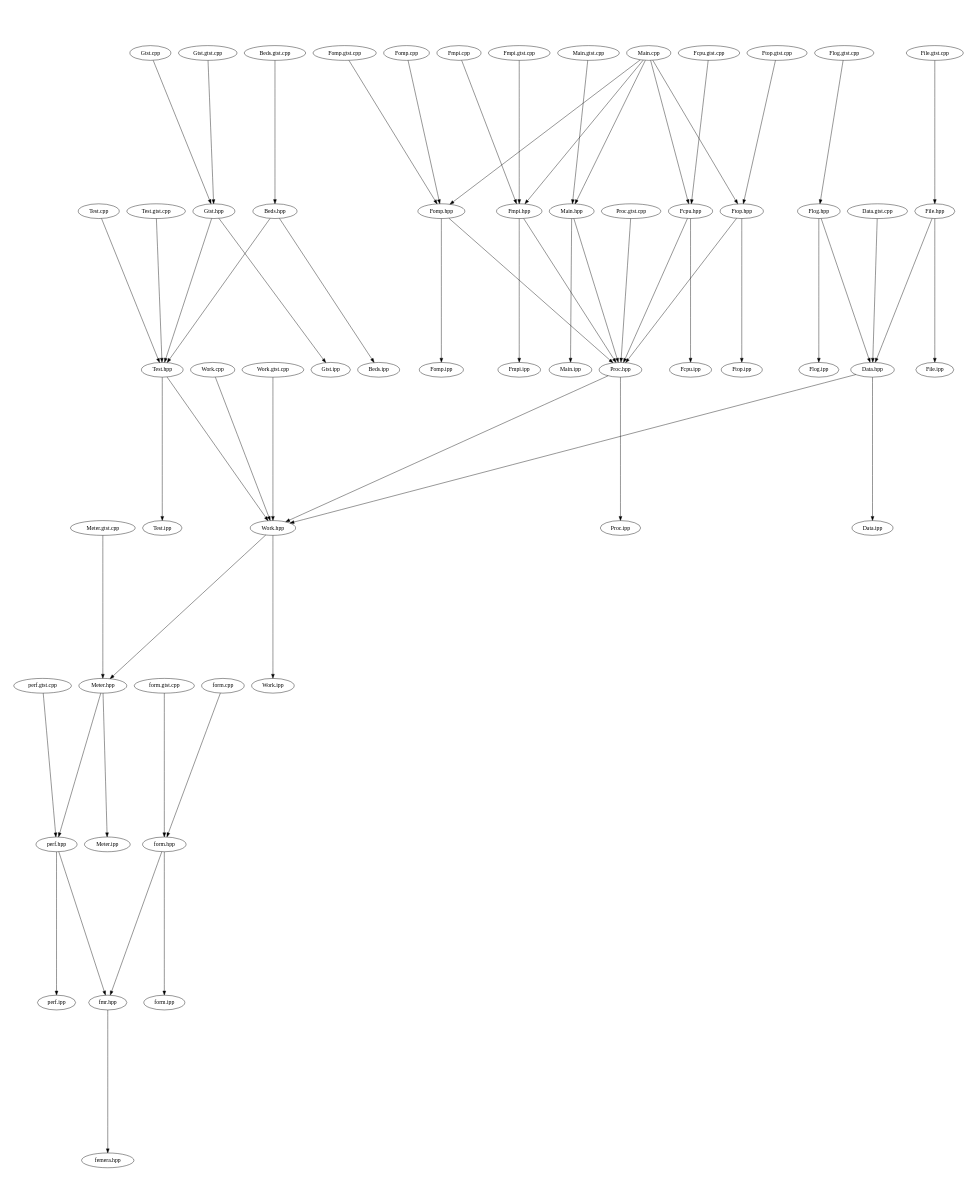
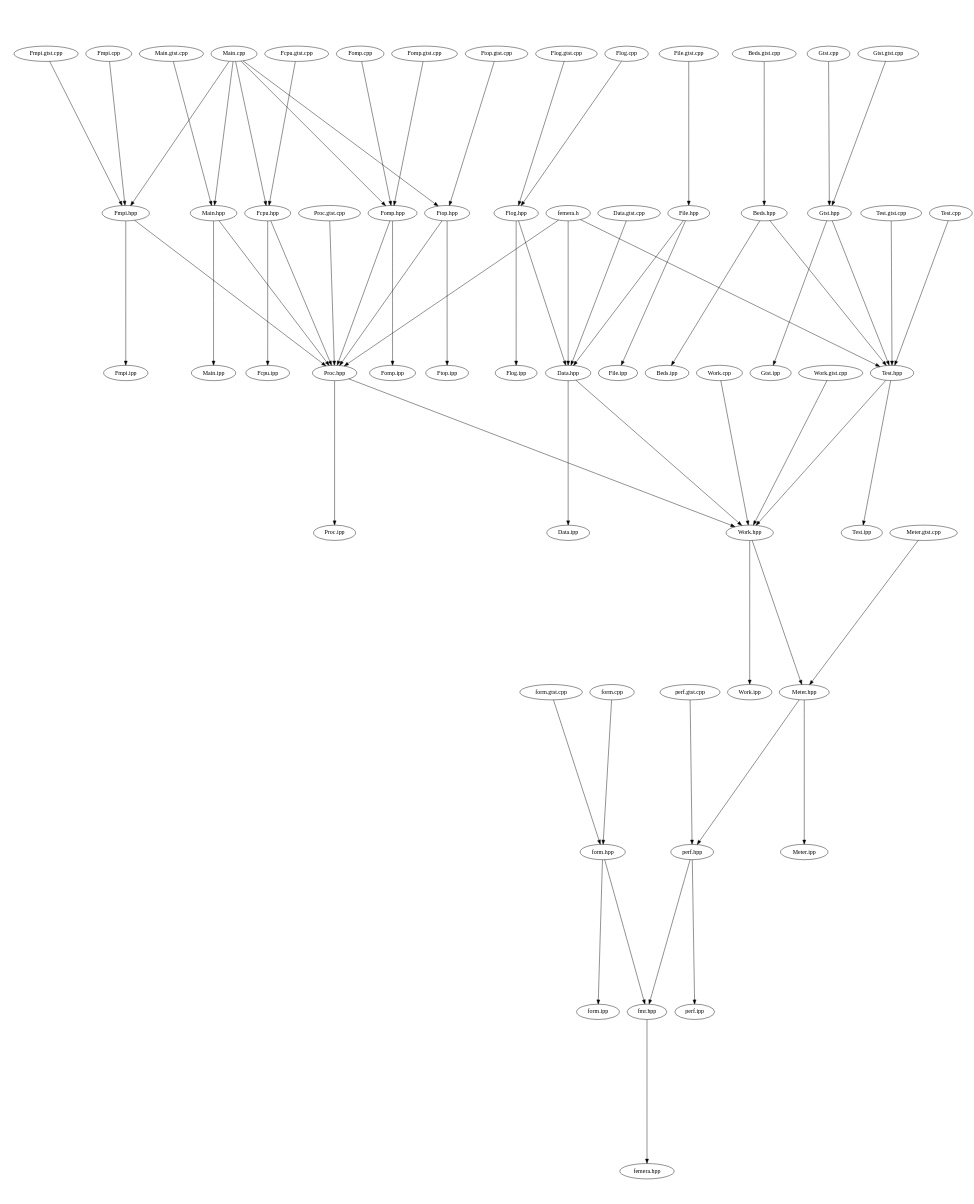
Before and after one commit to waggyz/femera-mini-app: the diagram in src/docs/src.dot, drawn with Graphviz. The commit also changed 26 other files, not shown here.

```diff
--- a/src/docs/src.dot
+++ b/src/docs/src.dot
@@ -1,68 +1,72 @@
 digraph "source tree" {
     overlap=scale;
     size="8,10";
     ratio="fill";
     fontsize="16";
     fontname="Helvetica";
 	clusterrank="local";
 	"Meter.hpp" -> "perf.hpp"
 	"Main.cpp" -> "Fomp.hpp"
-	"Fomp.hpp" -> "Fomp.ipp"
-	"Gtst.hpp" -> "Gtst.ipp"
-	"Test.gtst.cpp" -> "Test.hpp"
 	"Fmpi.hpp" -> "Fmpi.ipp"
 	"Fomp.cpp" -> "Fomp.hpp"
-	"form.cpp" -> "form.hpp"
 	"Flog.gtst.cpp" -> "Flog.hpp"
-	"Fmpi.gtst.cpp" -> "Fmpi.hpp"
-	"perf.hpp" -> "perf.ipp"
-	"Fmpi.cpp" -> "Fmpi.hpp"
 	"Main.cpp" -> "Main.hpp"
-	"Fcpu.hpp" -> "Fcpu.ipp"
-	"File.gtst.cpp" -> "File.hpp"
-	"perf.gtst.cpp" -> "perf.hpp"
-	"Ftop.gtst.cpp" -> "Ftop.hpp"
-	"Work.cpp" -> "Work.hpp"
-	"Main.hpp" -> "Main.ipp"
+	"femera.h" -> "Data.hpp"
+	"femera.h" -> "Proc.hpp"
 	"Proc.hpp" -> "Proc.ipp"
-	"Test.cpp" -> "Test.hpp"
 	"Main.cpp" -> "Fmpi.hpp"
 	"Main.cpp" -> "Fcpu.hpp"
 	"Ftop.hpp" -> "Ftop.ipp"
 	"perf.hpp" -> "fmr.hpp"
-	"Data.gtst.cpp" -> "Data.hpp"
 	"Beds.gtst.cpp" -> "Beds.hpp"
-	"Ftop.hpp" -> "Proc.hpp"
 	"Data.hpp" -> "Data.ipp"
-	"File.hpp" -> "Data.hpp"
-	"Fomp.gtst.cpp" -> "Fomp.hpp"
-	"form.gtst.cpp" -> "form.hpp"
 	"Proc.gtst.cpp" -> "Proc.hpp"
 	"Work.hpp" -> "Work.ipp"
+	"femera.h" -> "Test.hpp"
 	"Main.cpp" -> "Ftop.hpp"
-	"Meter.gtst.cpp" -> "Meter.hpp"
+	"Fmpi.hpp" -> "Proc.hpp"
 	"Test.hpp" -> "Work.hpp"
-	"Fmpi.hpp" -> "Proc.hpp"
-	"Beds.hpp" -> "Test.hpp"
-	"Gtst.gtst.cpp" -> "Gtst.hpp"
-	"fmr.hpp" -> "femera.hpp"
 	"form.hpp" -> "form.ipp"
-	"form.hpp" -> "fmr.hpp"
-	"Proc.hpp" -> "Work.hpp"
 	"Gtst.cpp" -> "Gtst.hpp"
-	"Gtst.hpp" -> "Test.hpp"
-	"Fcpu.gtst.cpp" -> "Fcpu.hpp"
-	"Data.hpp" -> "Work.hpp"
-	"Beds.hpp" -> "Beds.ipp"
-	"Work.hpp" -> "Meter.hpp"
 	"Main.gtst.cpp" -> "Main.hpp"
 	"Fcpu.hpp" -> "Proc.hpp"
 	"Work.gtst.cpp" -> "Work.hpp"
 	"Fomp.hpp" -> "Proc.hpp"
 	"Flog.hpp" -> "Data.hpp"
+	"File.hpp" -> "File.ipp"
+	"Meter.hpp" -> "Meter.ipp"
+	"Fomp.hpp" -> "Fomp.ipp"
+	"Test.gtst.cpp" -> "Test.hpp"
+	"Gtst.hpp" -> "Gtst.ipp"
+	"form.cpp" -> "form.hpp"
+	"Fmpi.gtst.cpp" -> "Fmpi.hpp"
+	"perf.hpp" -> "perf.ipp"
+	"Fmpi.cpp" -> "Fmpi.hpp"
+	"Fcpu.hpp" -> "Fcpu.ipp"
+	"perf.gtst.cpp" -> "perf.hpp"
+	"File.gtst.cpp" -> "File.hpp"
+	"Work.cpp" -> "Work.hpp"
+	"Ftop.gtst.cpp" -> "Ftop.hpp"
+	"Main.hpp" -> "Main.ipp"
+	"Test.cpp" -> "Test.hpp"
+	"Data.gtst.cpp" -> "Data.hpp"
+	"Ftop.hpp" -> "Proc.hpp"
+	"form.gtst.cpp" -> "form.hpp"
+	"Fomp.gtst.cpp" -> "Fomp.hpp"
+	"File.hpp" -> "Data.hpp"
+	"Meter.gtst.cpp" -> "Meter.hpp"
+	"fmr.hpp" -> "femera.hpp"
+	"Gtst.gtst.cpp" -> "Gtst.hpp"
+	"Beds.hpp" -> "Test.hpp"
+	"Proc.hpp" -> "Work.hpp"
+	"form.hpp" -> "fmr.hpp"
+	"Gtst.hpp" -> "Test.hpp"
+	"Data.hpp" -> "Work.hpp"
+	"Fcpu.gtst.cpp" -> "Fcpu.hpp"
+	"Flog.cpp" -> "Flog.hpp"
+	"Beds.hpp" -> "Beds.ipp"
+	"Work.hpp" -> "Meter.hpp"
 	"Main.hpp" -> "Proc.hpp"
-	"File.hpp" -> "File.ipp"
+	"Test.hpp" -> "Test.ipp"
 	"Flog.hpp" -> "Flog.ipp"
-	"Meter.hpp" -> "Meter.ipp"
-	"Test.hpp" -> "Test.ipp"
 }
```
